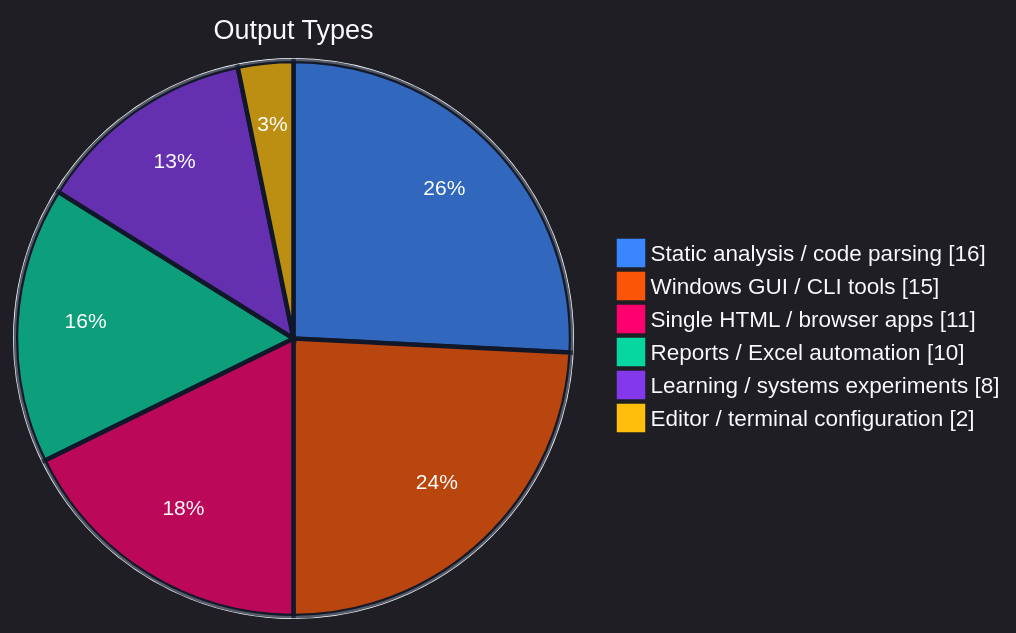
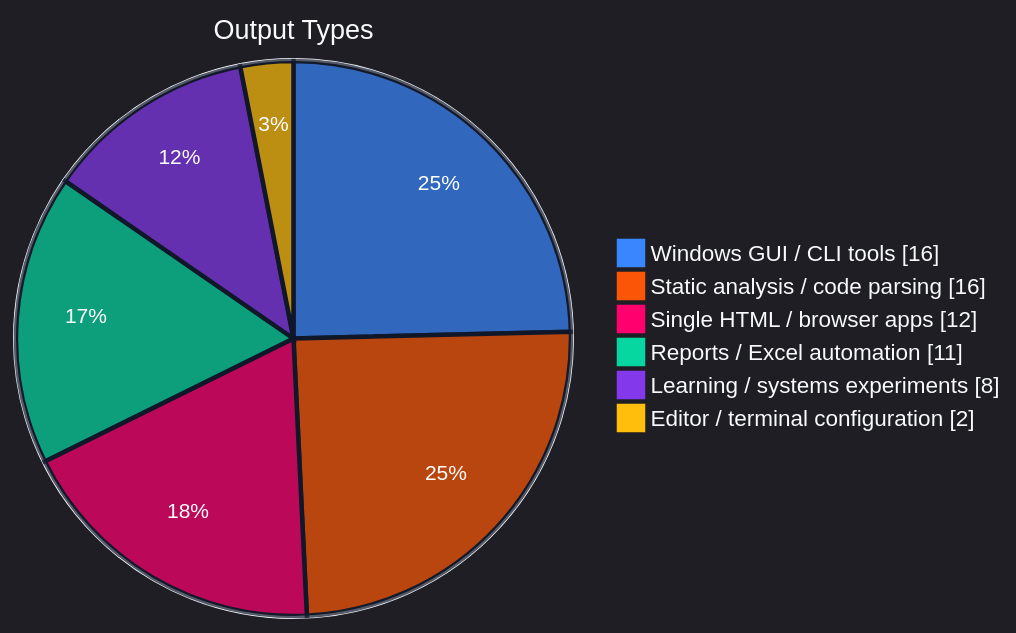
Before and after one commit to SSsan-00/SSsan-00: the second of 4 diagrams in README.md, drawn with Mermaid. The commit also changed other lines of this file and 2 other files, not shown here.

````diff
--- a/README.md
+++ b/README.md
@@ -56,11 +56,11 @@
 ```mermaid
 %%{init: {"theme":"dark","themeVariables":{"background":"#0f172a","mainBkg":"#0f172a","textColor":"#f8fafc","primaryTextColor":"#f8fafc","pieStrokeColor":"#0f172a","pieStrokeWidth":"3px","pieOuterStrokeColor":"#f8fafc","pieOuterStrokeWidth":"2px","pieTitleTextColor":"#f8fafc","pieTitleTextSize":"18px","pieLegendTextColor":"#f8fafc","pieLegendTextSize":"15px","pieSectionTextColor":"#ffffff","pieSectionTextSize":"14px","pie1":"#3a86ff","pie2":"#fb5607","pie3":"#ff006e","pie4":"#06d6a0","pie5":"#8338ec","pie6":"#ffbe0b"}}}%%
 pie showData
   title Output Types
+  "Windows GUI / CLI tools" : 16
   "Static analysis / code parsing" : 16
-  "Windows GUI / CLI tools" : 15
-  "Single HTML / browser apps" : 11
-  "Reports / Excel automation" : 10
+  "Single HTML / browser apps" : 12
+  "Reports / Excel automation" : 11
   "Learning / systems experiments" : 8
   "Editor / terminal configuration" : 2
 ```
````
